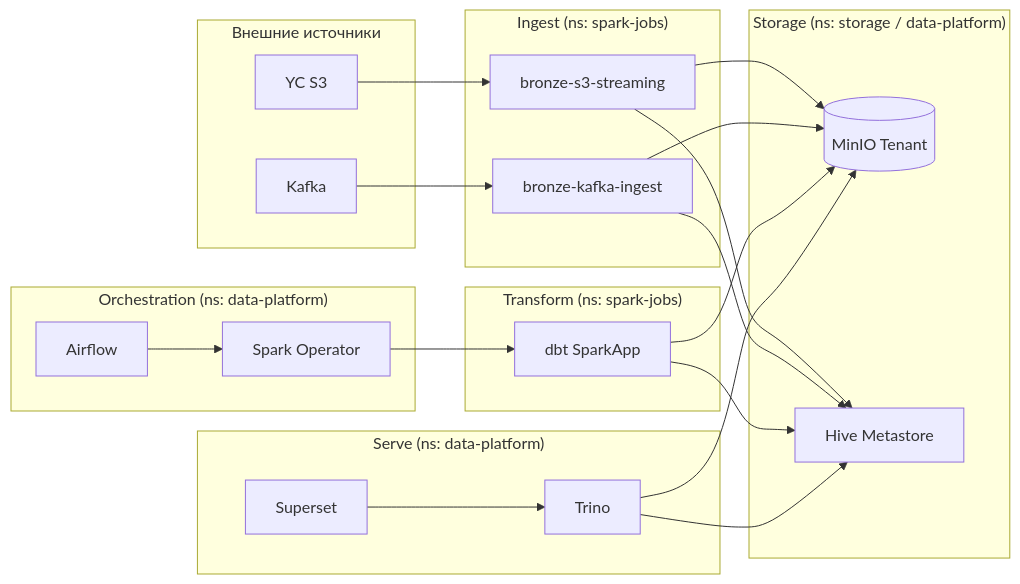
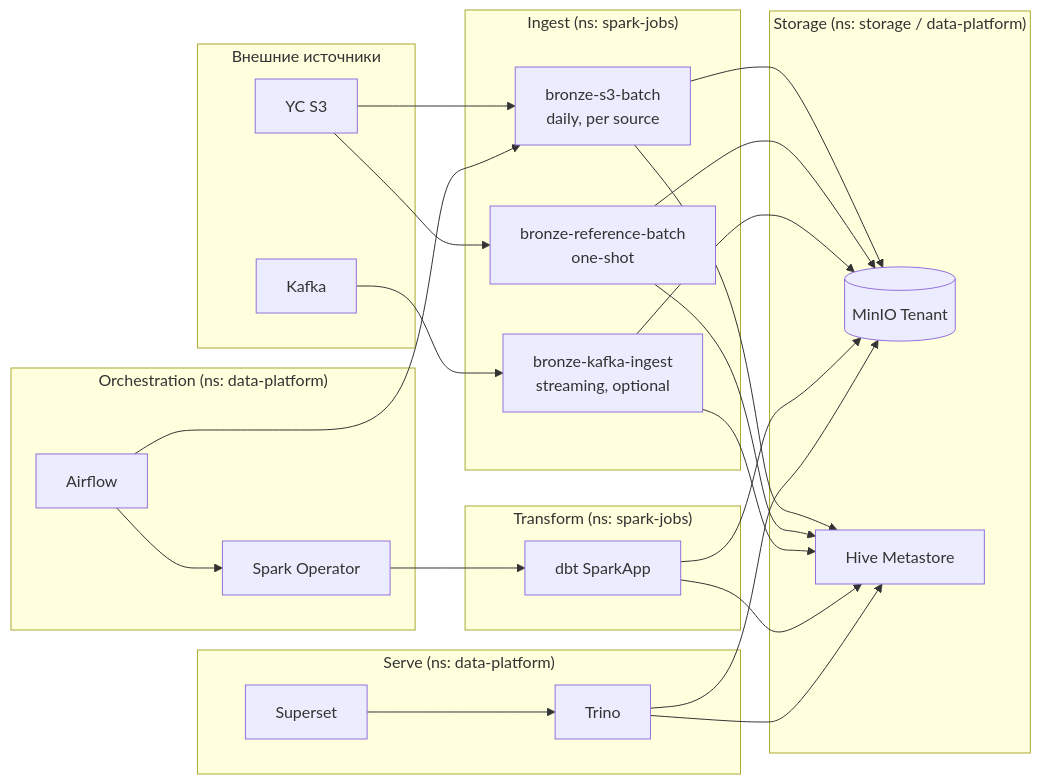
Before and after one commit to Alexey-Samodurov/newprolab-de-lab08: the second of 9 diagrams in docs/01-detailed-architecture.md, drawn with Mermaid. The commit also changed other lines of this file and 33 other files, not shown here.

````diff
--- a/docs/01-detailed-architecture.md
+++ b/docs/01-detailed-architecture.md
@@ -43,46 +43,51 @@
 ```mermaid
 flowchart LR
     subgraph Ext["Внешние источники"]
         YCS3[YC S3]
         KFK[Kafka]
     end
 
     subgraph Ingest["Ingest (ns: spark-jobs)"]
-        S3S[bronze-s3-streaming]
-        KS[bronze-kafka-ingest]
+        S3B[bronze-s3-batch<br/>daily, per source]
+        REF[bronze-reference-batch<br/>one-shot]
+        KS[bronze-kafka-ingest<br/>streaming, optional]
     end
 
     subgraph Storage["Storage (ns: storage / data-platform)"]
         MinIO[(MinIO Tenant)]
         HMS[Hive Metastore]
     end
 
     subgraph Transform["Transform (ns: spark-jobs)"]
         DBT[dbt SparkApp]
     end
 
     subgraph Serve["Serve (ns: data-platform)"]
         Trino[Trino]
         SS[Superset]
     end
 
     subgraph Orchestration["Orchestration (ns: data-platform)"]
         AF[Airflow]
         SO[Spark Operator]
     end
 
-    YCS3 --> S3S
+    YCS3 --> S3B
+    YCS3 --> REF
     KFK --> KS
-    S3S --> MinIO
+    S3B --> MinIO
+    REF --> MinIO
     KS --> MinIO
-    S3S --> HMS
+    S3B --> HMS
+    REF --> HMS
     KS --> HMS
 
     AF --> SO --> DBT
+    AF --> S3B
     DBT --> MinIO
     DBT --> HMS
 
     Trino --> HMS
     Trino --> MinIO
     SS --> Trino
 ```
````
